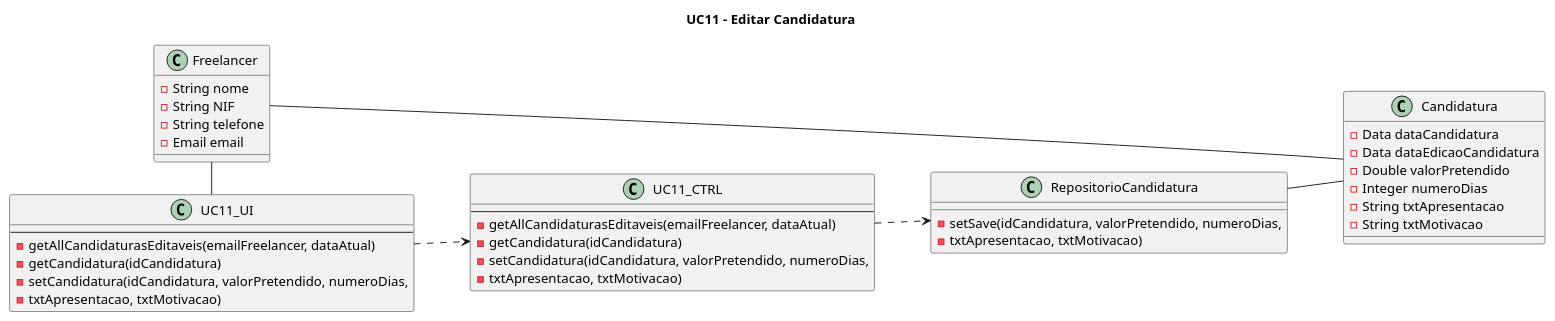
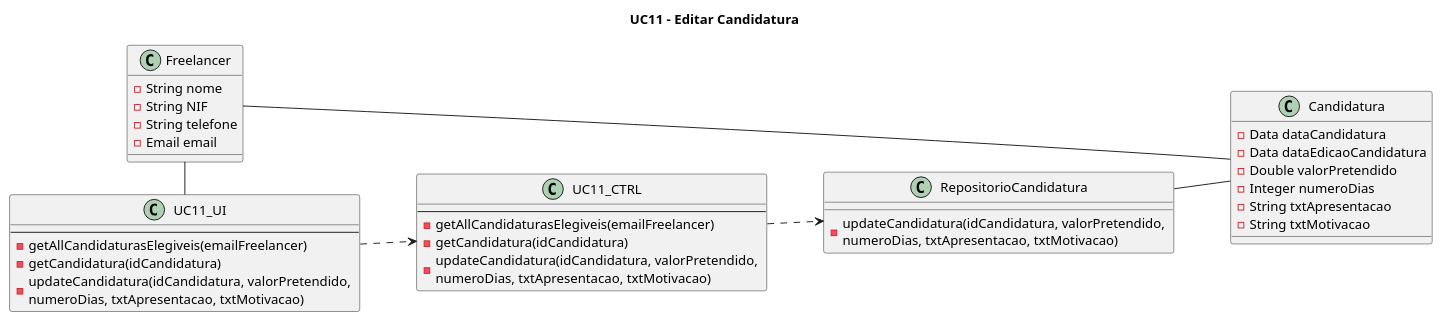
One commit to blestonbandeiraUPSKILL/upskill_java1_labprg_grupo2 changed the diagram in Documentação/Sprint 4/UC11_Editar_Candidatura/UC11_Editar_Candidatura_DiagClas.plantuml. Above: the diagram before and after it, drawn with PlantUML. The commit also changed 1 other file, not shown here.

```diff
--- a/Documentação/Sprint 4/UC11_Editar_Candidatura/UC11_Editar_Candidatura_DiagClas.plantuml
+++ b/Documentação/Sprint 4/UC11_Editar_Candidatura/UC11_Editar_Candidatura_DiagClas.plantuml
@@ -1,48 +1,45 @@
 @startuml
 left to right direction
 
 title UC11 - Editar Candidatura
 
 class Freelancer {
     -String nome 
     -String NIF
     -String telefone
     -Email email
 }
 
 class Candidatura {
     -Data dataCandidatura
     -Data dataEdicaoCandidatura
     -Double valorPretendido
     -Integer numeroDias
     -String txtApresentacao
     -String txtMotivacao
 }
 
 class UC11_UI{
     --
-    -getAllCandidaturasEditaveis(emailFreelancer, dataAtual)
+    -getAllCandidaturasElegiveis(emailFreelancer)
     -getCandidatura(idCandidatura)
-    -setCandidatura(idCandidatura, valorPretendido, numeroDias,
-    -txtApresentacao, txtMotivacao)    
+    -updateCandidatura(idCandidatura, valorPretendido, \nnumeroDias, txtApresentacao, txtMotivacao)    
 }
 
 class UC11_CTRL{
     --
-    -getAllCandidaturasEditaveis(emailFreelancer, dataAtual)
+    -getAllCandidaturasElegiveis(emailFreelancer)
     -getCandidatura(idCandidatura)
-    -setCandidatura(idCandidatura, valorPretendido, numeroDias,
-    -txtApresentacao, txtMotivacao)   
+    -updateCandidatura(idCandidatura, valorPretendido, \nnumeroDias, txtApresentacao, txtMotivacao)   
 }
 
 class RepositorioCandidatura {
-    -setSave(idCandidatura, valorPretendido, numeroDias,
-    -txtApresentacao, txtMotivacao)
+    -updateCandidatura(idCandidatura, valorPretendido, \nnumeroDias, txtApresentacao, txtMotivacao)
 }
 
 UC11_UI ..> UC11_CTRL
 UC11_CTRL ..> RepositorioCandidatura
 RepositorioCandidatura -- Candidatura
 Freelancer - UC11_UI
 Freelancer - Candidatura
 @enduml
```
